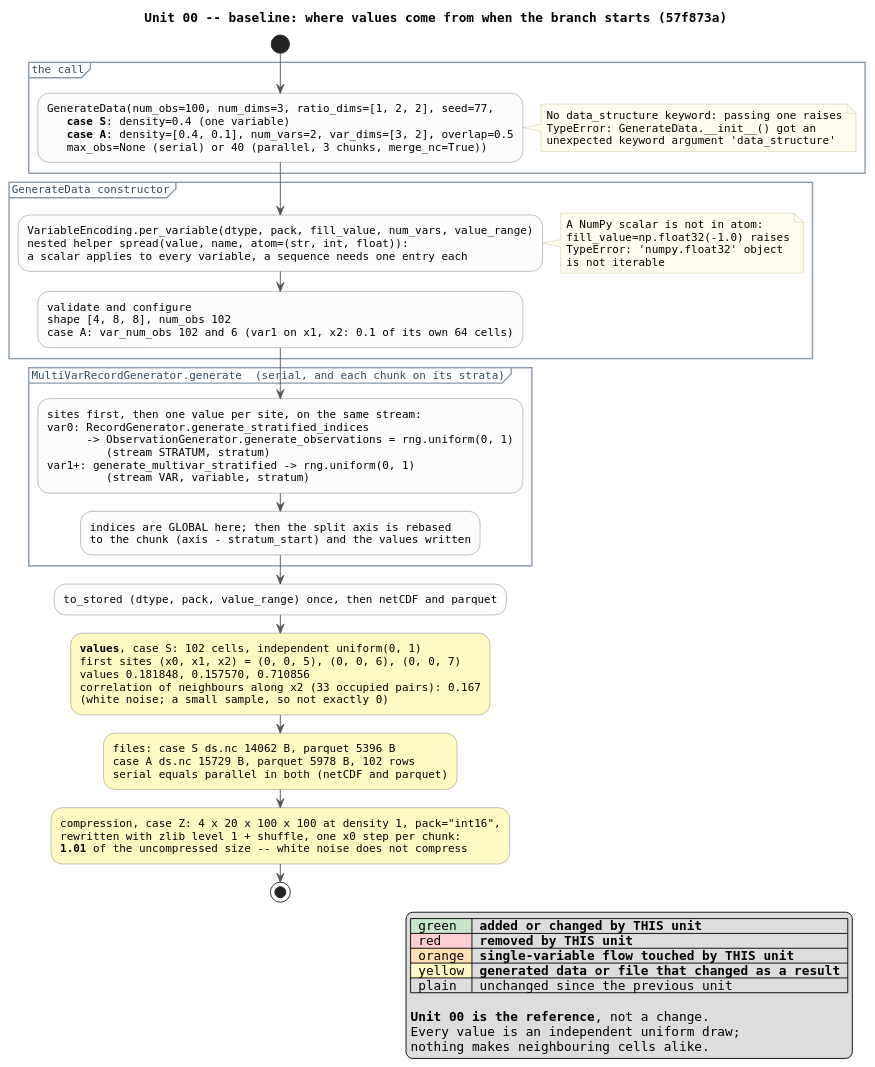
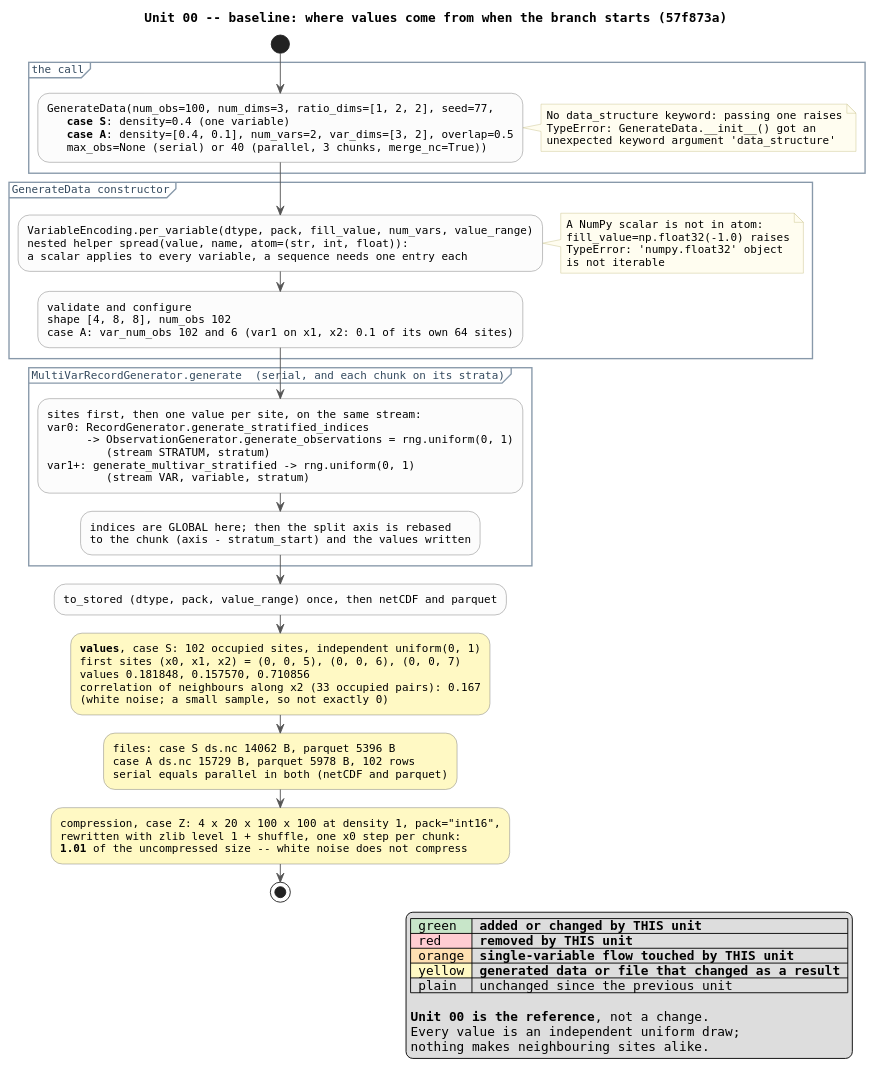
Before and after one commit to boom-lab/tabray: the diagram in docs/review_correlated_00_baseline.puml, drawn with PlantUML. The commit also changed 11 other files, not shown here.

```diff
--- a/docs/review_correlated_00_baseline.puml
+++ b/docs/review_correlated_00_baseline.puml
@@ -1,98 +1,98 @@
 @startuml review_correlated_00_baseline
 ' Review unit 00 of 04 -- see docs/review_correlated.md for the series.
 ' State AT commit 57f873a, main, where the branch starts.
 ' Every number below is from a run of the cases at commit 57f873a.
 ' Render: plantuml -tsvg docs/review_correlated_00_baseline.puml
 
 title Unit 00 -- baseline: where values come from when the branch starts (57f873a)
 
 skinparam shadowing false
 skinparam defaultFontName Monospaced
 skinparam defaultFontSize 12
 skinparam ArrowColor #555555
 skinparam activity {
   BackgroundColor #FCFCFC
   BorderColor #777777
   DiamondBackgroundColor #F2F2F2
   DiamondBorderColor #777777
 }
 skinparam partition {
   BorderColor #8899AA
   FontColor #33495E
 }
 skinparam note {
   BackgroundColor #FFFDF0
   BorderColor #C8C08A
 }
 
 start
 
 partition "the call" {
   :GenerateData(num_obs=100, num_dims=3, ratio_dims=[1, 2, 2], seed=77,
      <b>case S</b>: density=0.4 (one variable)
      <b>case A</b>: density=[0.4, 0.1], num_vars=2, var_dims=[3, 2], overlap=0.5
      max_obs=None (serial) or 40 (parallel, 3 chunks, merge_nc=True));
   note right
     No data_structure keyword: passing one raises
     TypeError: GenerateData.~__init~__() got an
     unexpected keyword argument 'data_structure'
   end note
 }
 
 partition "GenerateData constructor" {
   :VariableEncoding.per_variable(dtype, pack, fill_value, num_vars, value_range)
   nested helper spread(value, name, atom=(str, int, float)):
   a scalar applies to every variable, a sequence needs one entry each;
   note right
     A NumPy scalar is not in atom:
     fill_value=np.float32(-1.0) raises
     TypeError: 'numpy.float32' object
     is not iterable
   end note
   :validate and configure
   shape [4, 8, 8], num_obs 102
-  case A: var_num_obs 102 and 6 (var1 on x1, x2: 0.1 of its own 64 cells);
+  case A: var_num_obs 102 and 6 (var1 on x1, x2: 0.1 of its own 64 sites);
 }
 
 partition "MultiVarRecordGenerator.generate  (serial, and each chunk on its strata)" {
   :sites first, then one value per site, on the same stream:
   var0: RecordGenerator.generate_stratified_indices
         -> ObservationGenerator.generate_observations = rng.uniform(0, 1)
            (stream STRATUM, stratum)
   var1+: generate_multivar_stratified -> rng.uniform(0, 1)
            (stream VAR, variable, stratum);
   :indices are GLOBAL here; then the split axis is rebased
   to the chunk (axis - stratum_start) and the values written;
 }
 
 :to_stored (dtype, pack, value_range) once, then netCDF and parquet;
 
-#FFF9C4:<b>values</b>, case S: 102 cells, independent uniform(0, 1)
+#FFF9C4:<b>values</b>, case S: 102 occupied sites, independent uniform(0, 1)
 first sites (x0, x1, x2) = (0, 0, 5), (0, 0, 6), (0, 0, 7)
 values 0.181848, 0.157570, 0.710856
 correlation of neighbours along x2 (33 occupied pairs): 0.167
 (white noise; a small sample, so not exactly 0);
 
 #FFF9C4:files: case S ds.nc 14062 B, parquet 5396 B
 case A ds.nc 15729 B, parquet 5978 B, 102 rows
 serial equals parallel in both (netCDF and parquet);
 
 #FFF9C4:compression, case Z: 4 x 20 x 100 x 100 at density 1, pack="int16",
 rewritten with zlib level 1 + shuffle, one x0 step per chunk:
 <b>1.01</b> of the uncompressed size -- white noise does not compress;
 
 stop
 
 legend right
   |<#C8E6C9> green |= added or changed by THIS unit |
   |<#FFCDD2> red |= removed by THIS unit |
   |<#FFE0B2> orange |= single-variable flow touched by THIS unit |
   |<#FFF9C4> yellow |= generated data or file that changed as a result |
   | plain | unchanged since the previous unit |
 
   <b>Unit 00 is the reference</b>, not a change.
   Every value is an independent uniform draw;
-  nothing makes neighbouring cells alike.
+  nothing makes neighbouring sites alike.
 end legend
 
 @enduml
```
